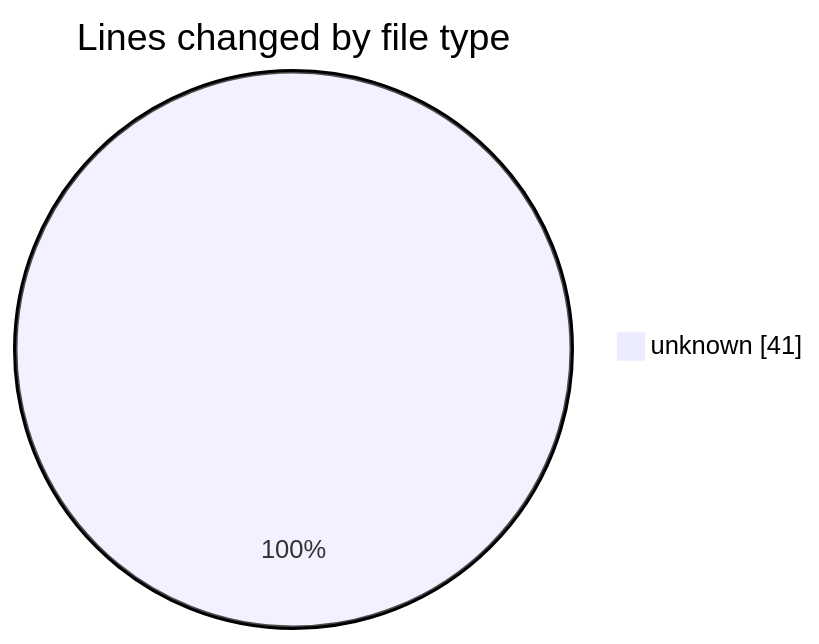
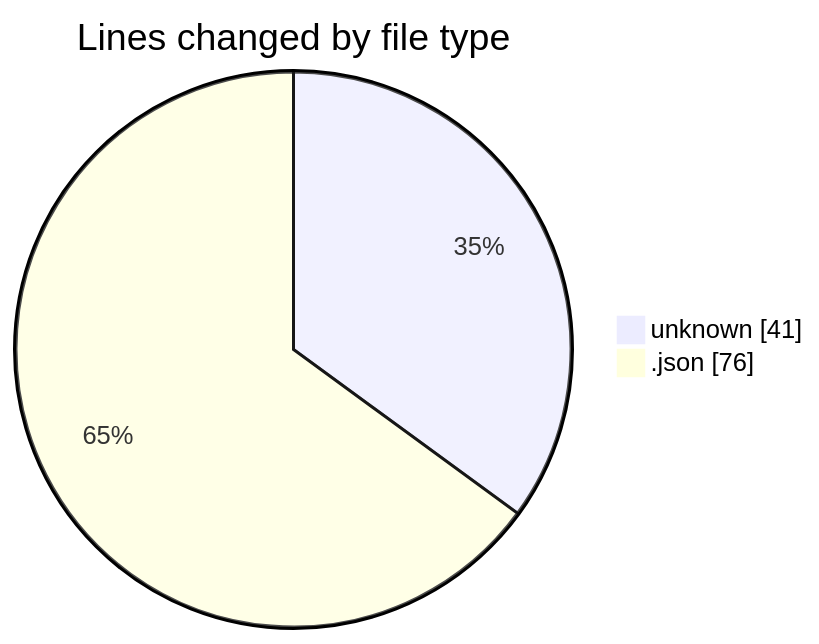
One commit to JenPaints/code-tracking changed the first of 2 diagrams in 2025-06-28/navtech/README.md. Above: the diagram before and after it, drawn with Mermaid. The commit also changed other lines of this file and 1 other file, not shown here.

````diff
--- a/2025-06-28/navtech/README.md
+++ b/2025-06-28/navtech/README.md
@@ -20,5 +21,6 @@
 ```mermaid
 pie showData
 title Lines changed by file type
 "unknown" : 41
+".json" : 76
 ```
````
